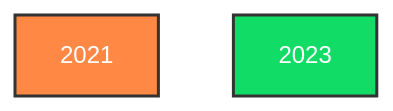
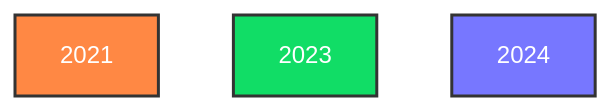
The second of 3 diagrams in README.md (M1ngXU/aoc-stats), drawn with Mermaid before and after one commit. The commit also changed other lines of this file and 4 other files, not shown here.

````diff
--- a/README.md
+++ b/README.md
@@ -27,5 +48,6 @@
 ```mermaid
 flowchart TD 
 style 2021 fill:#f84,stroke:#333,stroke-width:2px,color:#fff
 style 2023 fill:#1d6,stroke:#333,stroke-width:2px,color:#fff
+style 2024 fill:#77f,stroke:#333,stroke-width:2px,color:#fff
 ```
````
